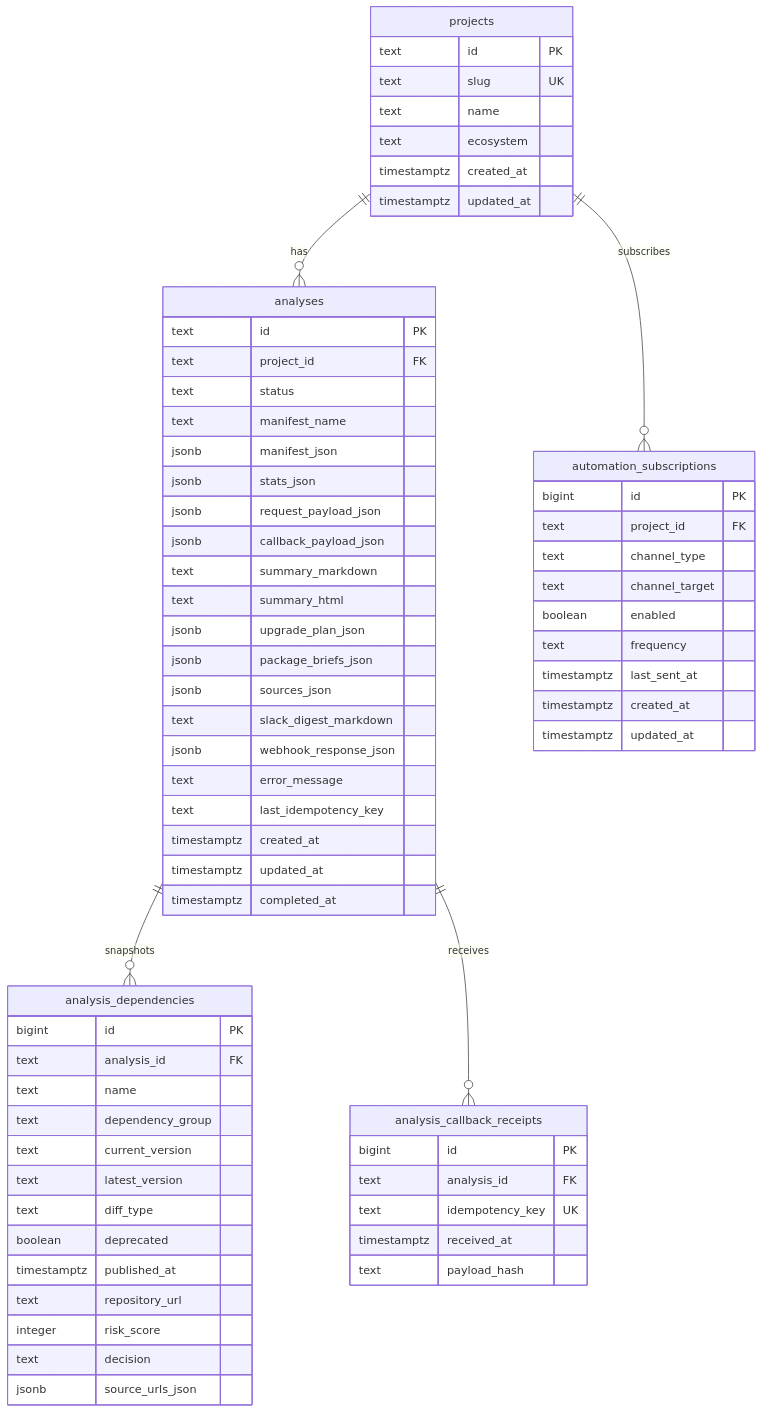
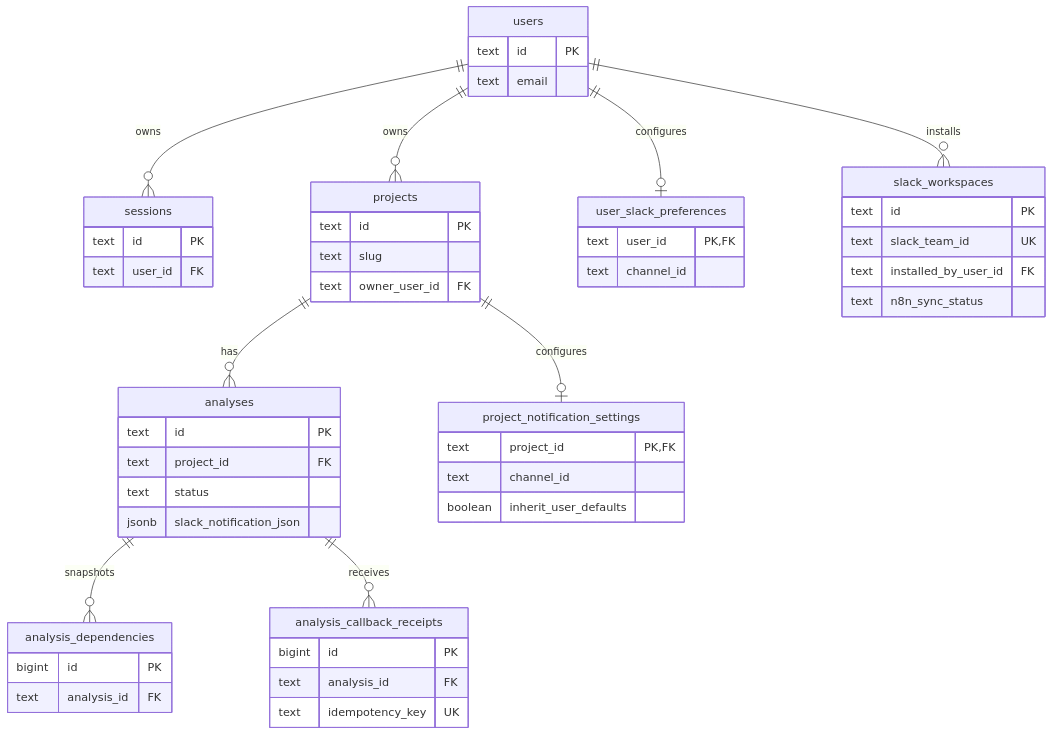
One commit to JaMinsane/package-version-wizard changed the diagram in BD.md. Above: the diagram before and after it, drawn with Mermaid. The commit also changed other lines of this file and 32 other files, not shown here.

````diff
--- a/BD.md
+++ b/BD.md
@@ -127,75 +234,65 @@
 ```mermaid
 erDiagram
+    users ||--o{ sessions : owns
+    users ||--o{ projects : owns
+    users ||--o| user_slack_preferences : configures
+    users ||--o{ slack_workspaces : installs
+
     projects ||--o{ analyses : has
+    projects ||--o| project_notification_settings : configures
+
     analyses ||--o{ analysis_dependencies : snapshots
-    projects ||--o{ automation_subscriptions : subscribes
     analyses ||--o{ analysis_callback_receipts : receives
+
+    users {
+        text id PK
+        text email
+    }
+
+    sessions {
+        text id PK
+        text user_id FK
+    }
 
     projects {
         text id PK
-        text slug UK
-        text name
-        text ecosystem
-        timestamptz created_at
-        timestamptz updated_at
+        text slug
+        text owner_user_id FK
     }
 
     analyses {
         text id PK
         text project_id FK
         text status
-        text manifest_name
-        jsonb manifest_json
-        jsonb stats_json
-        jsonb request_payload_json
-        jsonb callback_payload_json
-        text summary_markdown
-        text summary_html
-        jsonb upgrade_plan_json
-        jsonb package_briefs_json
-        jsonb sources_json
-        text slack_digest_markdown
-        jsonb webhook_response_json
-        text error_message
-        text last_idempotency_key
-        timestamptz created_at
-        timestamptz updated_at
-        timestamptz completed_at
+        jsonb slack_notification_json
     }
 
     analysis_dependencies {
         bigint id PK
         text analysis_id FK
-        text name
-        text dependency_group
-        text current_version
-        text latest_version
-        text diff_type
-        boolean deprecated
-        timestamptz published_at
-        text repository_url
-        integer risk_score
-        text decision
-        jsonb source_urls_json
-    }
-
-    automation_subscriptions {
-        bigint id PK
-        text project_id FK
-        text channel_type
-        text channel_target
-        boolean enabled
-        text frequency
-        timestamptz last_sent_at
-        timestamptz created_at
-        timestamptz updated_at
     }
 
     analysis_callback_receipts {
         bigint id PK
         text analysis_id FK
         text idempotency_key UK
-        timestamptz received_at
-        text payload_hash
+    }
+
+    slack_workspaces {
+        text id PK
+        text slack_team_id UK
+        text installed_by_user_id FK
+        text n8n_sync_status
+    }
+
+    user_slack_preferences {
+        text user_id PK, FK
+        text channel_id
+    }
+
+    project_notification_settings {
+        text project_id PK, FK
+        text channel_id
+        boolean inherit_user_defaults
     }
 ```
````
